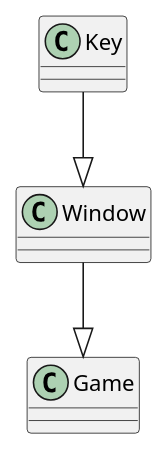
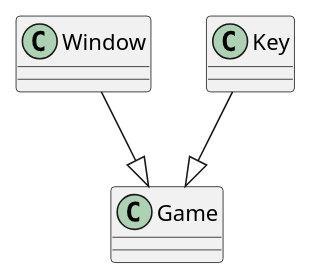
Before and after one commit to StarLordCraft/Games: the diagram in RainBlocks/diagram.puml, drawn with PlantUML.

```diff
--- a/RainBlocks/diagram.puml
+++ b/RainBlocks/diagram.puml
@@ -1,14 +1,14 @@
 @startuml
 class Game {
 }
 
 class Window {
 }
 
 class Key {
 }
 
 
-Key --|> Window
+Key --|> Game
 Window --|> Game
 @enduml
```
